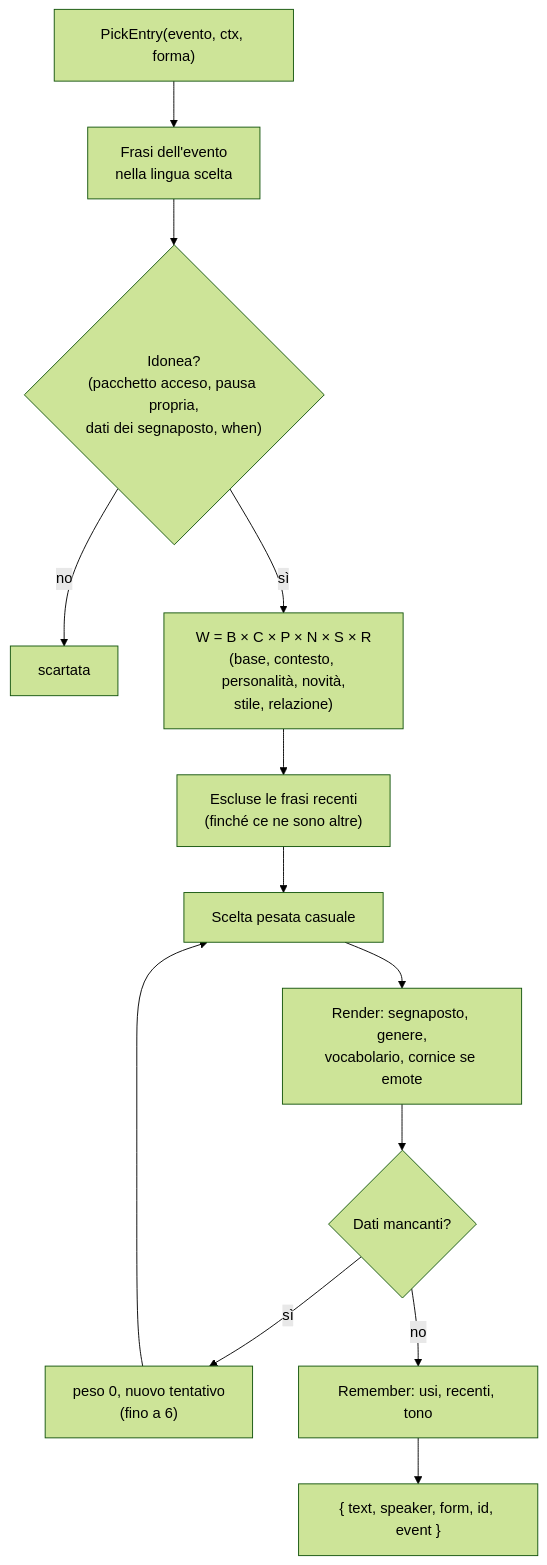
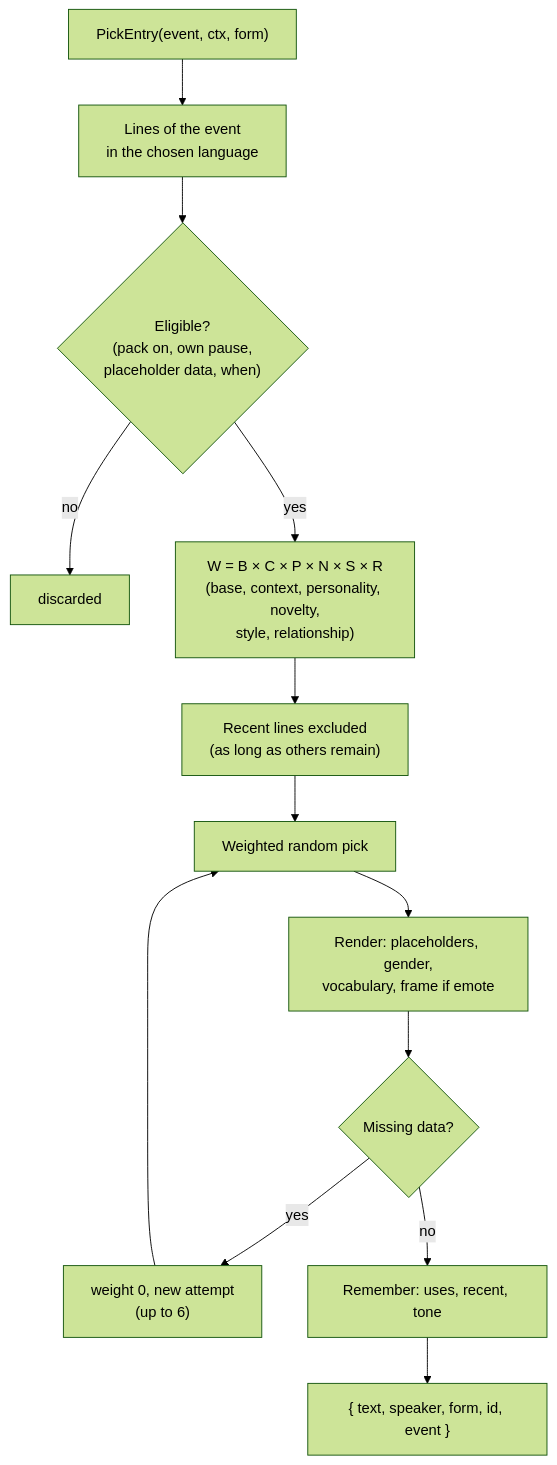
Before and after one commit to Finland6738/azeroth-unspoken: the fifth of 14 diagrams in docs/ARCHITECTURE.md, drawn with Mermaid (forest theme). The commit also changed other lines of this file and 31 other files, not shown here.

````diff
--- a/docs/ARCHITECTURE.md
+++ b/docs/ARCHITECTURE.md
@@ -290,15 +290,15 @@
 ```mermaid
 flowchart TD
-    A["PickEntry(evento, ctx, forma)"] --> B["Frasi dell'evento<br/>nella lingua scelta"]
-    B --> C{"Idonea?<br/>(pacchetto acceso, pausa propria,<br/>dati dei segnaposto, when)"}
-    C -- no --> X["scartata"]
-    C -- sì --> D["W = B × C × P × N × S × R<br/>(base, contesto, personalità, novità,<br/>stile, relazione)"]
-    D --> E["Escluse le frasi recenti<br/>(finché ce ne sono altre)"]
-    E --> F["Scelta pesata casuale"]
-    F --> G["Render: segnaposto, genere,<br/>vocabolario, cornice se emote"]
-    G --> H{"Dati mancanti?"}
-    H -- sì --> I["peso 0, nuovo tentativo<br/>(fino a 6)"]
+    A["PickEntry(event, ctx, form)"] --> B["Lines of the event<br/>in the chosen language"]
+    B --> C{"Eligible?<br/>(pack on, own pause,<br/>placeholder data, when)"}
+    C -- no --> X["discarded"]
+    C -- yes --> D["W = B × C × P × N × S × R<br/>(base, context, personality, novelty,<br/>style, relationship)"]
+    D --> E["Recent lines excluded<br/>(as long as others remain)"]
+    E --> F["Weighted random pick"]
+    F --> G["Render: placeholders, gender,<br/>vocabulary, frame if emote"]
+    G --> H{"Missing data?"}
+    H -- yes --> I["weight 0, new attempt<br/>(up to 6)"]
     I --> F
-    H -- no --> J["Remember: usi, recenti, tono"]
+    H -- no --> J["Remember: uses, recent, tone"]
     J --> K["{ text, speaker, form, id, event }"]
 ```
````
